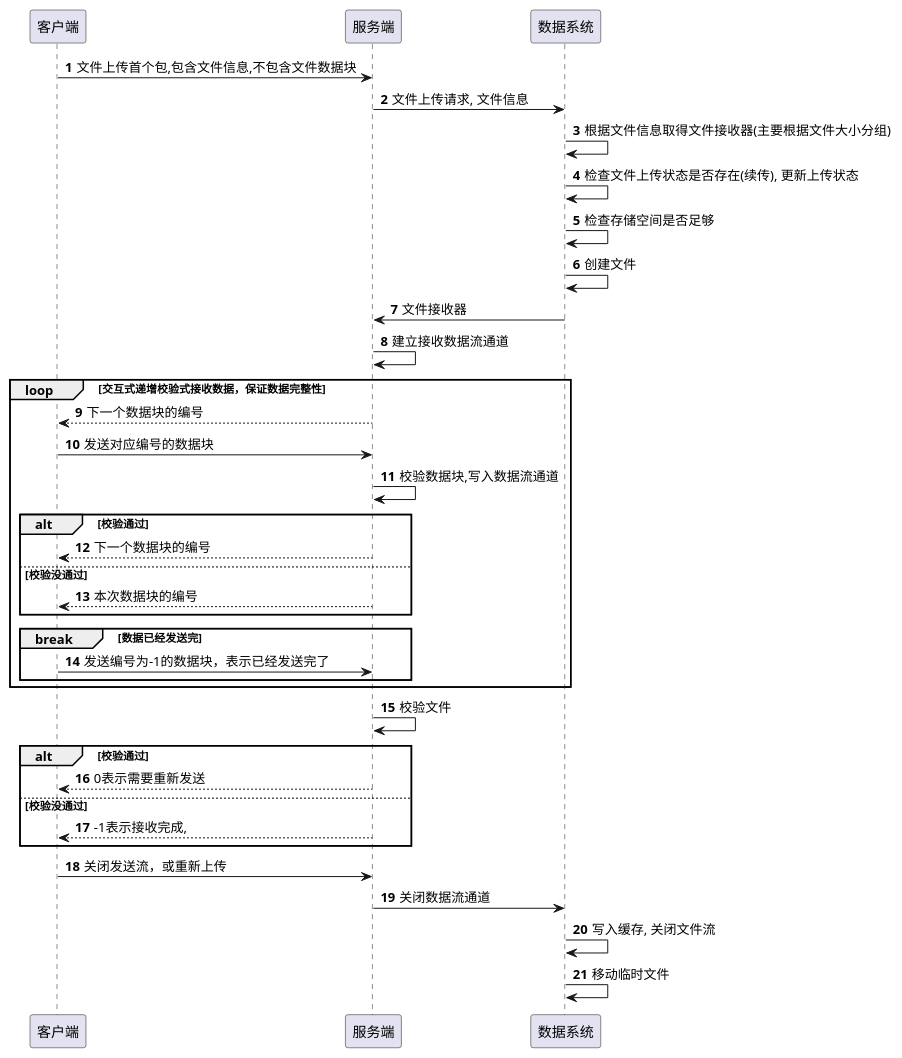
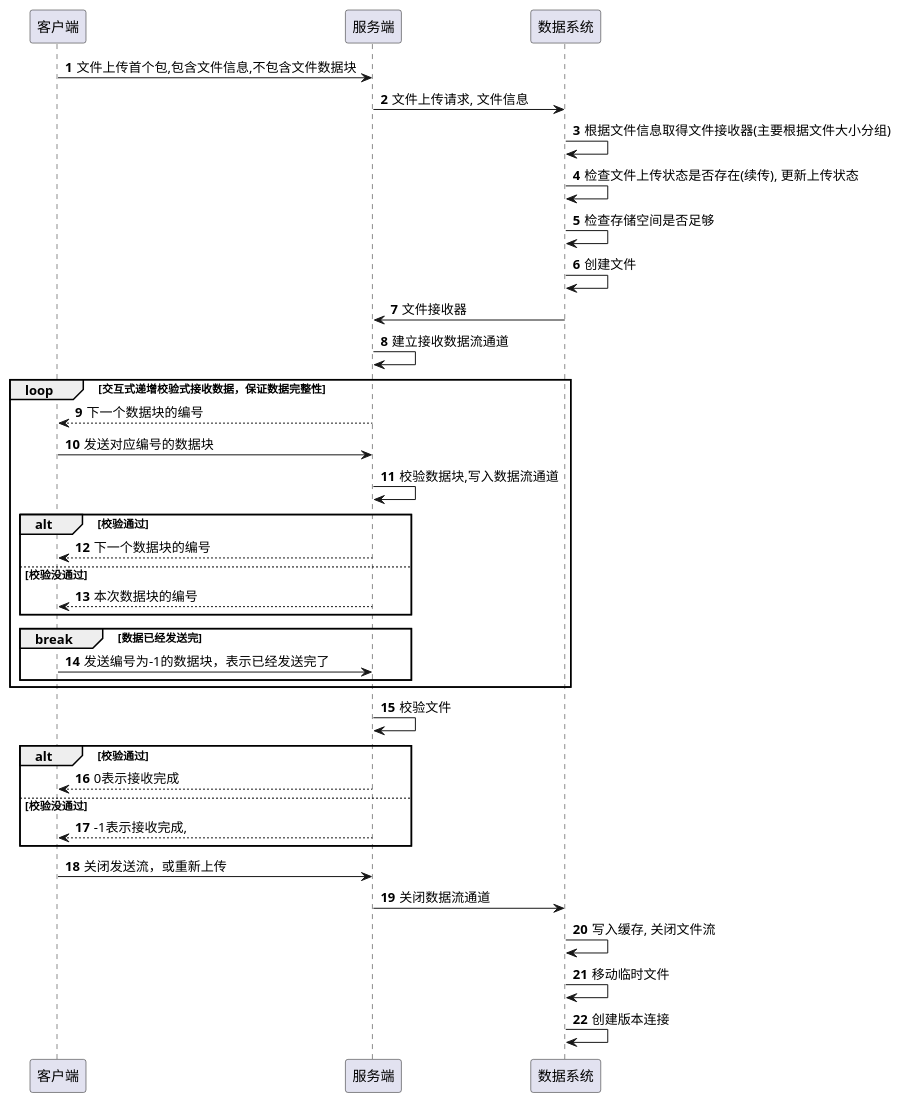
Before and after one commit to cashmerepipeline/cashmere_core: the diagram in documents/数据系统/文件上传过程.puml, drawn with PlantUML. The commit also changed 17 other files, not shown here.

```diff
--- a/documents/数据系统/文件上传过程.puml
+++ b/documents/数据系统/文件上传过程.puml
@@ -1,44 +1,45 @@
 @startuml
 'https://plantuml.com/sequence-diagram
 
 autonumber
 
 客户端 -> 服务端: 文件上传首个包,包含文件信息,不包含文件数据块
 服务端 -> 数据系统: 文件上传请求, 文件信息
 
 数据系统 -> 数据系统: 根据文件信息取得文件接收器(主要根据文件大小分组)
 数据系统 -> 数据系统: 检查文件上传状态是否存在(续传), 更新上传状态
 数据系统 -> 数据系统: 检查存储空间是否足够
 数据系统 -> 数据系统: 创建文件
 数据系统 -> 服务端: 文件接收器
 
 服务端 -> 服务端: 建立接收数据流通道
 
 loop 交互式递增校验式接收数据，保证数据完整性
 服务端 --> 客户端: 下一个数据块的编号
 客户端 -> 服务端: 发送对应编号的数据块
 服务端 -> 服务端: 校验数据块,写入数据流通道
 alt 校验通过
 客户端 <-- 服务端: 下一个数据块的编号
 else 校验没通过
 服务端 --> 客户端: 本次数据块的编号
 end
     break 数据已经发送完
     客户端 -> 服务端: 发送编号为-1的数据块，表示已经发送完了
     end
 end
 
 服务端 -> 服务端: 校验文件
 
 
 alt 校验通过
-服务端 --> 客户端:  0表示需要重新发送
+服务端 --> 客户端:  0表示接收完成
 else 校验没通过
 服务端 --> 客户端:  -1表示接收完成,
 end
 
 客户端 -> 服务端: 关闭发送流，或重新上传
 服务端 -> 数据系统: 关闭数据流通道
 数据系统-> 数据系统: 写入缓存, 关闭文件流
 数据系统 -> 数据系统: 移动临时文件
+数据系统 -> 数据系统: 创建版本连接
 @enduml
```
